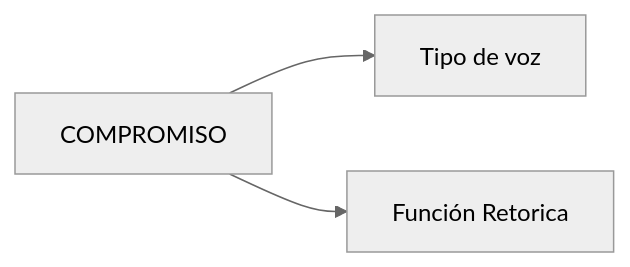
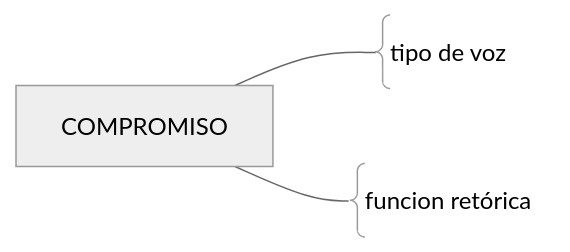
The first of 8 diagrams in manuals/manual_codificacion.md (augusto-rp/phd_experiment2), drawn with Mermaid (neutral theme) before and after one commit. The commit also changed other lines of this file, not shown here.

````diff
--- a/manuals/manual_codificacion.md
+++ b/manuals/manual_codificacion.md
@@ -291,4 +291,7 @@
 ```mermaid
 graph LR;
-a[COMPROMISO] --> b[Tipo de voz] & c[Función Retorica]
+COMPROMISO
+a@{ shape: comment, label: "tipo de voz"} 
+b@{ shape: comment, label: "funcion retórica"} 
+COMPROMISO---a & b
 ```
````
